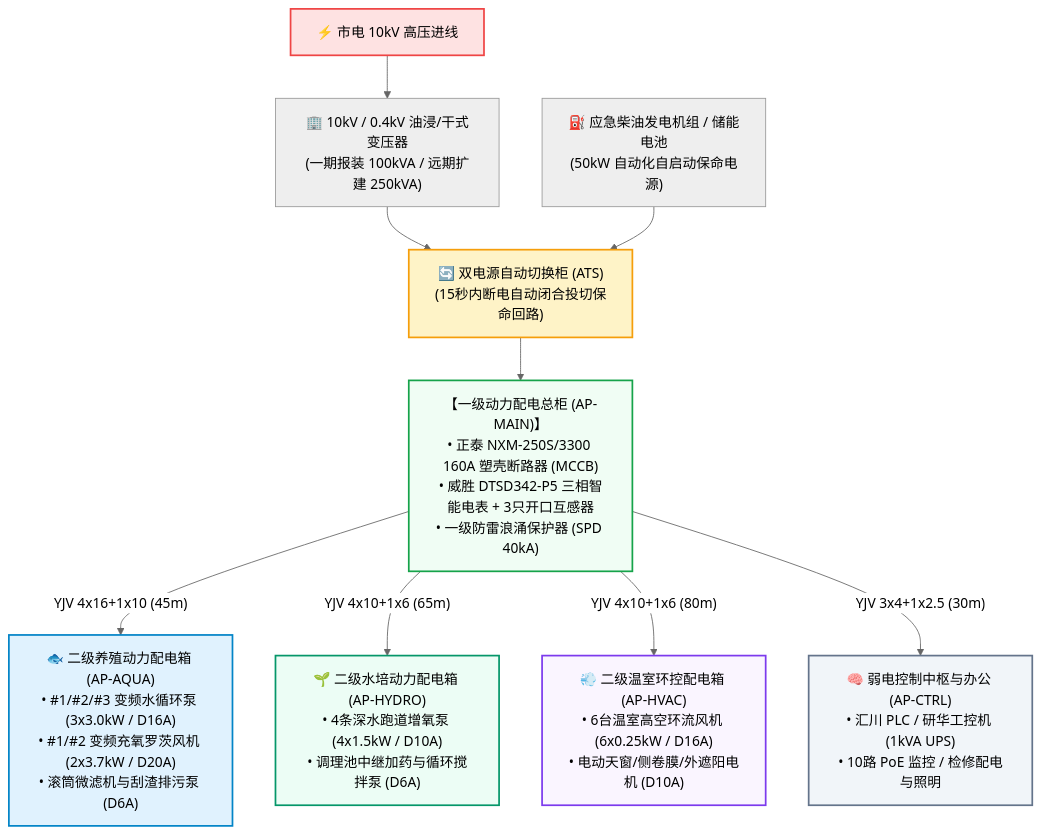
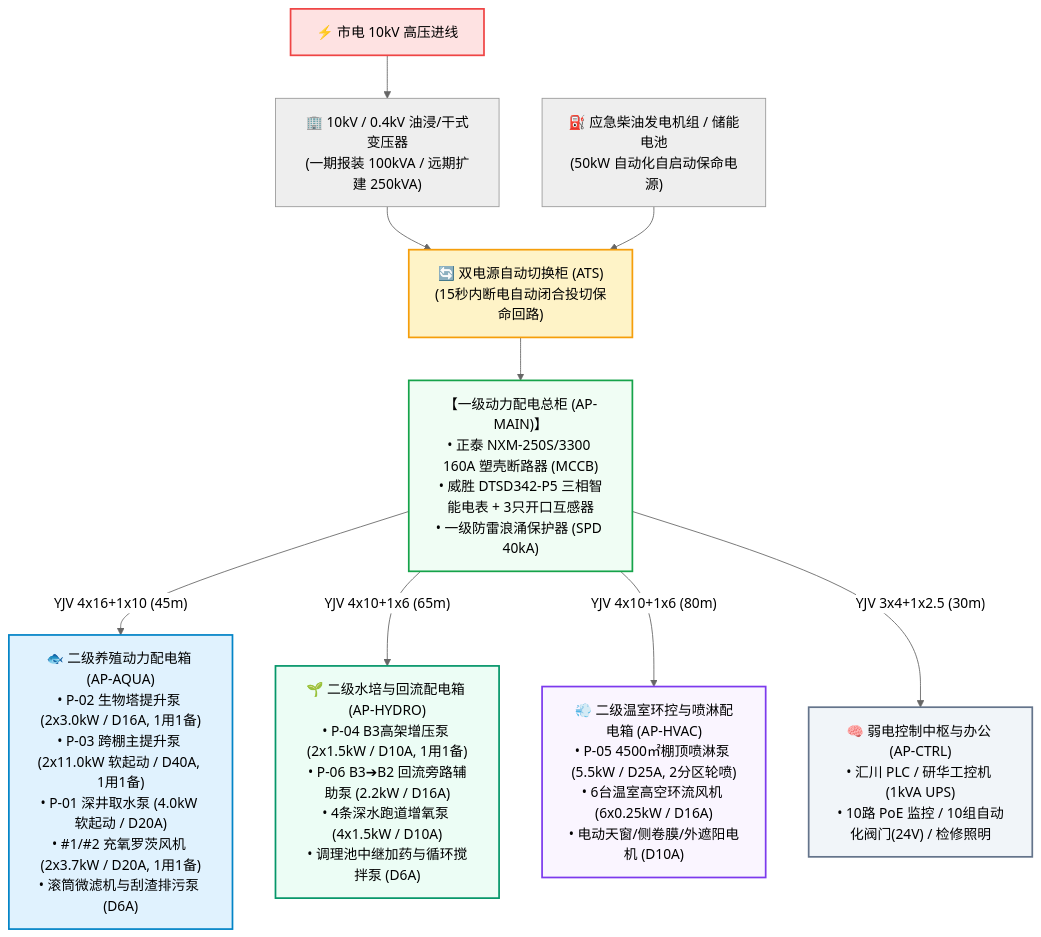
One commit to digitalboy/aquaponics changed the first of 4 diagrams in docs/02_requirements_and_plans/06_全厂强电动力配电与电气工程规划规范.md. Above: the diagram before and after it, drawn with Mermaid (neutral theme). The commit also changed other lines of this file and 3 other files, not shown here.

````diff
--- a/docs/02_requirements_and_plans/06_全厂强电动力配电与电气工程规划规范.md
+++ b/docs/02_requirements_and_plans/06_全厂强电动力配电与电气工程规划规范.md
@@ -13,24 +13,24 @@
 ```mermaid
 flowchart TD
     Grid["⚡ 市电 10kV 高压进线"] --> Transformer["🏢 10kV / 0.4kV 油浸/干式变压器<br>(一期报装 100kVA / 远期扩建 250kVA)"]
     Generator["⛽ 应急柴油发电机组 / 储能电池<br>(50kW 自动化自启动保命电源)"]
     
     Transformer --> ATS["🔄 双电源自动切换柜 (ATS)<br>(15秒内断电自动闭合投切保命回路)"]
     Generator --> ATS
     
     ATS --> AP_MAIN["【一级动力配电总柜 (AP-MAIN)】<br>• 正泰 NXM-250S/3300 160A 塑壳断路器 (MCCB)<br>• 威胜 DTSD342-P5 三相智能电表 + 3只开口互感器<br>• 一级防雷浪涌保护器 (SPD 40kA)"]
     
-    AP_MAIN -->|"YJV 4x16+1x10 (45m)"| AP_AQUA["🐟 二级养殖动力配电箱 (AP-AQUA)<br>• #1/#2/#3 变频水循环泵 (3x3.0kW / D16A)<br>• #1/#2 变频充氧罗茨风机 (2x3.7kW / D20A)<br>• 滚筒微滤机与刮渣排污泵 (D6A)"]
-    AP_MAIN -->|"YJV 4x10+1x6 (65m)"| AP_HYDRO["🌱 二级水培动力配电箱 (AP-HYDRO)<br>• 4条深水跑道增氧泵 (4x1.5kW / D10A)<br>• 调理池中继加药与循环搅拌泵 (D6A)"]
-    AP_MAIN -->|"YJV 4x10+1x6 (80m)"| AP_HVAC["💨 二级温室环控配电箱 (AP-HVAC)<br>• 6台温室高空环流风机 (6x0.25kW / D16A)<br>• 电动天窗/侧卷膜/外遮阳电机 (D10A)"]
-    AP_MAIN -->|"YJV 3x4+1x2.5 (30m)"| AP_CONTROL["🧠 弱电控制中枢与办公 (AP-CTRL)<br>• 汇川 PLC / 研华工控机 (1kVA UPS)<br>• 10路 PoE 监控 / 检修配电与照明"]
+    AP_MAIN -->|"YJV 4x16+1x10 (45m)"| AP_AQUA["🐟 二级养殖动力配电箱 (AP-AQUA)<br>• P-02 生物塔提升泵 (2x3.0kW / D16A, 1用1备)<br>• P-03 跨棚主提升泵 (2x11.0kW 软起动 / D40A, 1用1备)<br>• P-01 深井取水泵 (4.0kW 软起动 / D20A)<br>• #1/#2 充氧罗茨风机 (2x3.7kW / D20A, 1用1备)<br>• 滚筒微滤机与刮渣排污泵 (D6A)"]
+    AP_MAIN -->|"YJV 4x10+1x6 (65m)"| AP_HYDRO["🌱 二级水培与回流配电箱 (AP-HYDRO)<br>• P-04 B3高架增压泵 (2x1.5kW / D10A, 1用1备)<br>• P-06 B3➔B2 回流旁路辅助泵 (2.2kW / D16A)<br>• 4条深水跑道增氧泵 (4x1.5kW / D10A)<br>• 调理池中继加药与循环搅拌泵 (D6A)"]
+    AP_MAIN -->|"YJV 4x10+1x6 (80m)"| AP_HVAC["💨 二级温室环控与喷淋配电箱 (AP-HVAC)<br>• P-05 4500㎡棚顶喷淋泵 (5.5kW / D25A, 2分区轮喷)<br>• 6台温室高空环流风机 (6x0.25kW / D16A)<br>• 电动天窗/侧卷膜/外遮阳电机 (D10A)"]
+    AP_MAIN -->|"YJV 3x4+1x2.5 (30m)"| AP_CONTROL["🧠 弱电控制中枢与办公 (AP-CTRL)<br>• 汇川 PLC / 研华工控机 (1kVA UPS)<br>• 10路 PoE 监控 / 10组自动化阀门(24V) / 检修照明"]
 
     %% 样式美化
     style Grid fill:#fee2e2,stroke:#ef4444,stroke-width:2px;
     style ATS fill:#fef3c7,stroke:#f59e0b,stroke-width:2px;
     style AP_MAIN fill:#f0fdf4,stroke:#16a34a,stroke-width:2px;
     style AP_AQUA fill:#e0f2fe,stroke:#0284c7,stroke-width:2px;
     style AP_HYDRO fill:#ecfdf5,stroke:#059669,stroke-width:2px;
     style AP_HVAC fill:#faf5ff,stroke:#7c3aed,stroke-width:2px;
     style AP_CONTROL fill:#f1f5f9,stroke:#64748b,stroke-width:2px;
 ```
````
